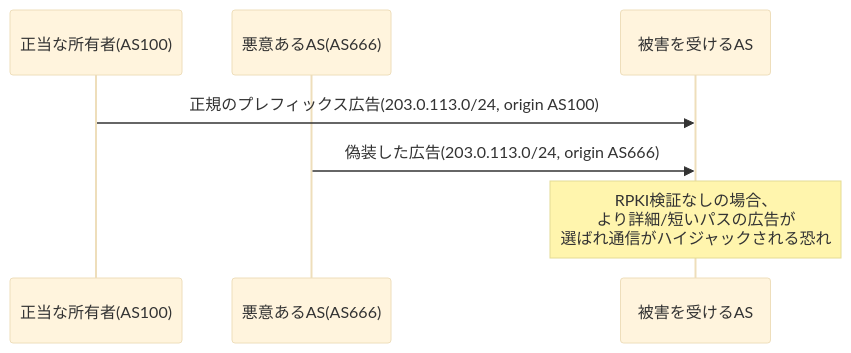
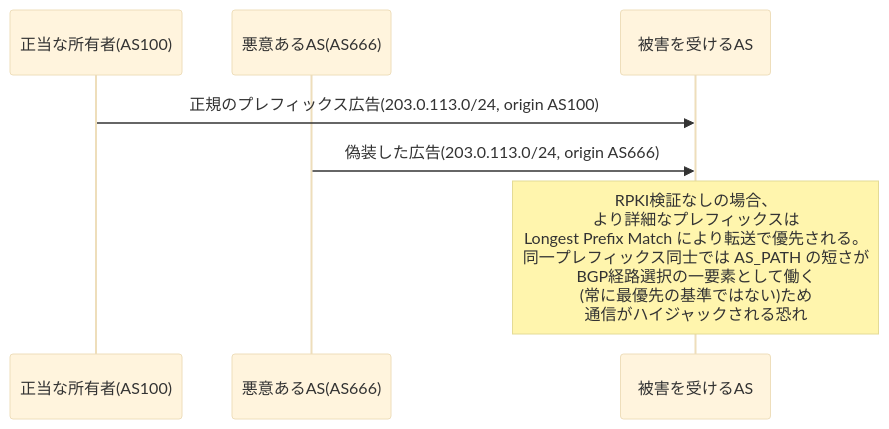
Diagram 24 of 41 in Computer-networking-topdown-guide.md (myoshi2891/Cloud-Infrastructure-Studies), drawn with Mermaid (base theme) before and after one commit. The commit also changed other lines of this file, not shown here.

````diff
--- a/Computer-networking-topdown-guide.md
+++ b/Computer-networking-topdown-guide.md
@@ -705,10 +706,10 @@
 ```mermaid
 sequenceDiagram
     participant Owner as 正当な所有者(AS100)
     participant Attacker as 悪意あるAS(AS666)
     participant Victim as 被害を受けるAS
 
     Owner->>Victim: 正規のプレフィックス広告(203.0.113.0/24, origin AS100)
     Attacker->>Victim: 偽装した広告(203.0.113.0/24, origin AS666)
-    Note over Victim: RPKI検証なしの場合、<br/>より詳細/短いパスの広告が<br/>選ばれ通信がハイジャックされる恐れ
+    Note over Victim: RPKI検証なしの場合、<br/>より詳細なプレフィックスは<br/>Longest Prefix Match により転送で優先される。<br/>同一プレフィックス同士では AS_PATH の短さが<br/>BGP経路選択の一要素として働く<br/>(常に最優先の基準ではない)ため<br/>通信がハイジャックされる恐れ
 ```
````
